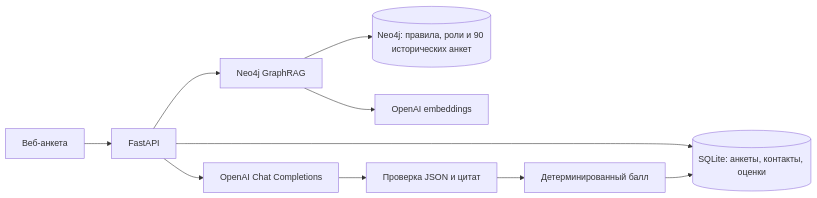
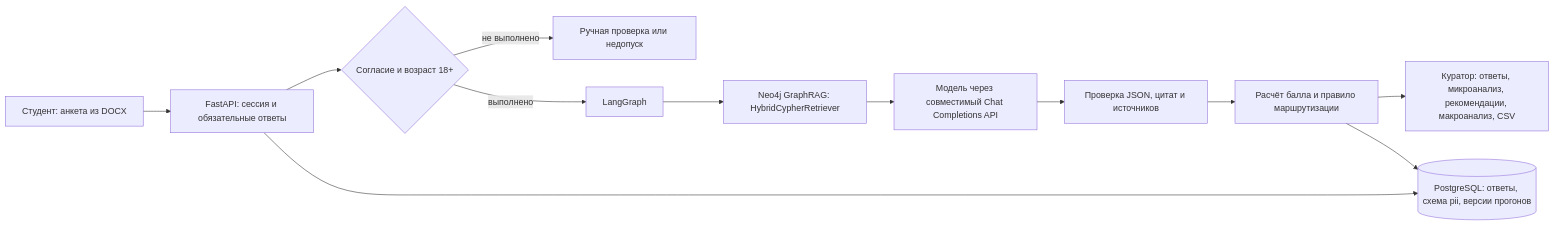
Before and after one commit to Ai-b0ss/code-with-purpose-2-2026: the diagram in docs/architecture.md, drawn with Mermaid. The commit also changed other lines of this file and 28 other files, not shown here.

````diff
--- a/docs/architecture.md
+++ b/docs/architecture.md
@@ -3,12 +3,14 @@
 ```mermaid
 flowchart LR
-    F[Веб-анкета] --> A[FastAPI]
-    A --> D[(SQLite: анкеты, контакты, оценки)]
-    A --> R[Neo4j GraphRAG]
-    R --> N[(Neo4j: правила, роли и 90 исторических анкет)]
-    R --> E[OpenAI embeddings]
-    A --> L[OpenAI Chat Completions]
-    L --> V[Проверка JSON и цитат]
-    V --> S[Детерминированный балл]
-    S --> D
+    Q[Студент: анкета из DOCX] --> S[FastAPI: сессия и обязательные ответы]
+    S --> G{Согласие и возраст 18+}
+    G -->|не выполнено| H[Ручная проверка или недопуск]
+    G -->|выполнено| W[LangGraph]
+    W --> R[Neo4j GraphRAG: HybridCypherRetriever]
+    R --> M[Модель через совместимый Chat Completions API]
+    M --> V[Проверка JSON, цитат и источников]
+    V --> P[Расчёт балла и правило маршрутизации]
+    P --> C[Куратор: ответы, микроанализ, рекомендации, макроанализ, CSV]
+    S --> DB[(PostgreSQL: ответы, схема pii, версии прогонов)]
+    P --> DB
 ```
````
